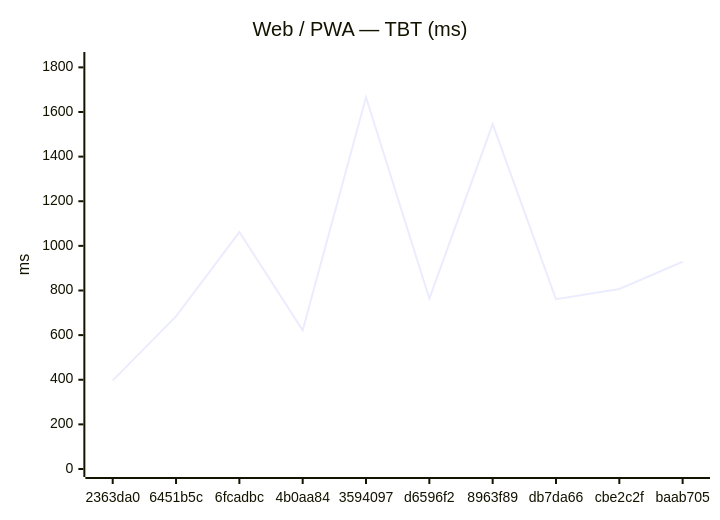
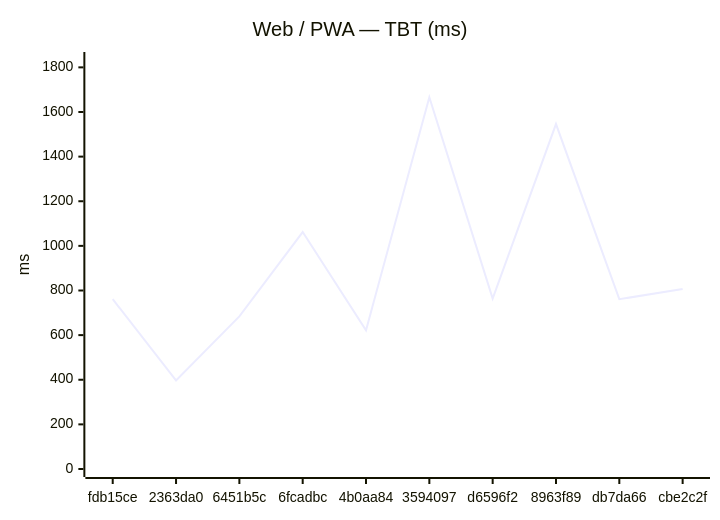
The second of 12 diagrams in benchmarks/compare.md (Metaheurist/Rianell), drawn with Mermaid before and after one commit. The commit also changed other lines of this file and 8 other files, not shown here.

````diff
--- a/benchmarks/compare.md
+++ b/benchmarks/compare.md
@@ -31,7 +31,7 @@
 ```mermaid
 xychart-beta
     title "Web / PWA — TBT (ms)"
-    x-axis ["2363da0", "6451b5c", "6fcadbc", "4b0aa84", "3594097", "d6596f2", "8963f89", "db7da66", "cbe2c2f", "baab705"]
+    x-axis ["fdb15ce", "2363da0", "6451b5c", "6fcadbc", "4b0aa84", "3594097", "d6596f2", "8963f89", "db7da66", "cbe2c2f"]
     y-axis "ms" 0 --> 1833
-    line [397, 684, 1062, 622, 1666, 764, 1546, 761, 807, 929]
+    line [761, 397, 684, 1062, 622, 1666, 764, 1546, 761, 807]
 ```
````
